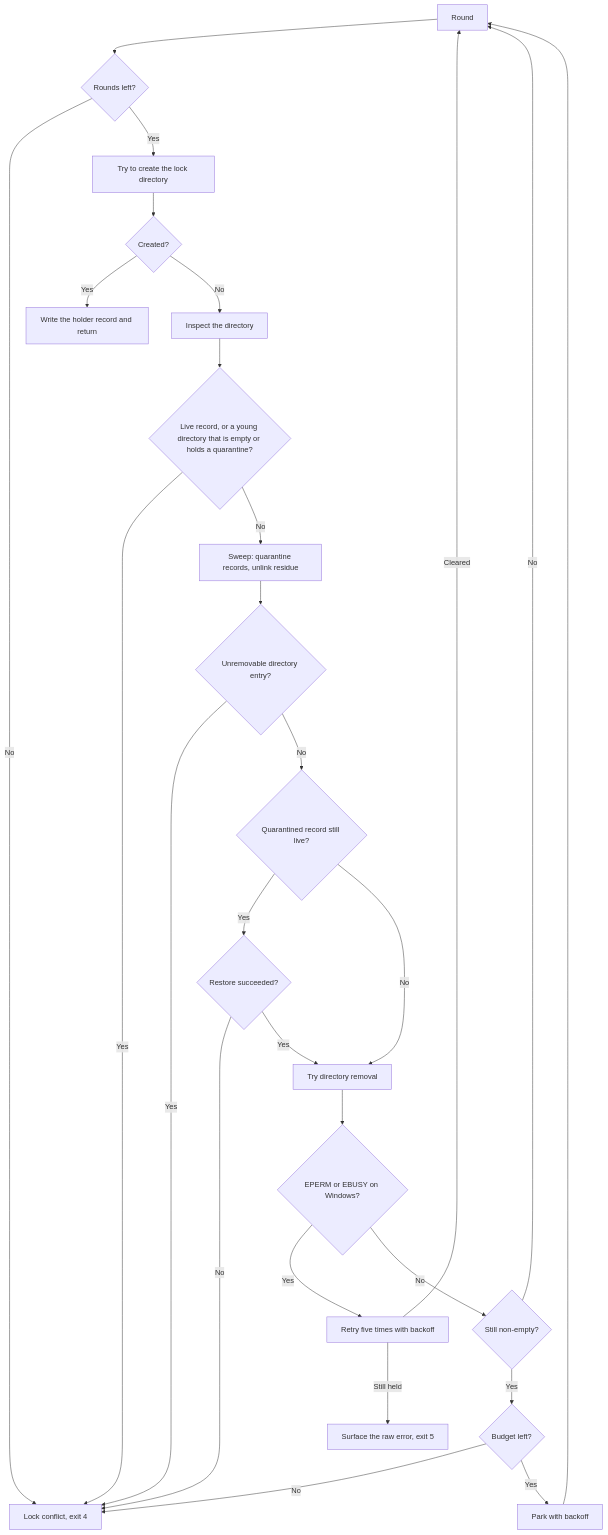
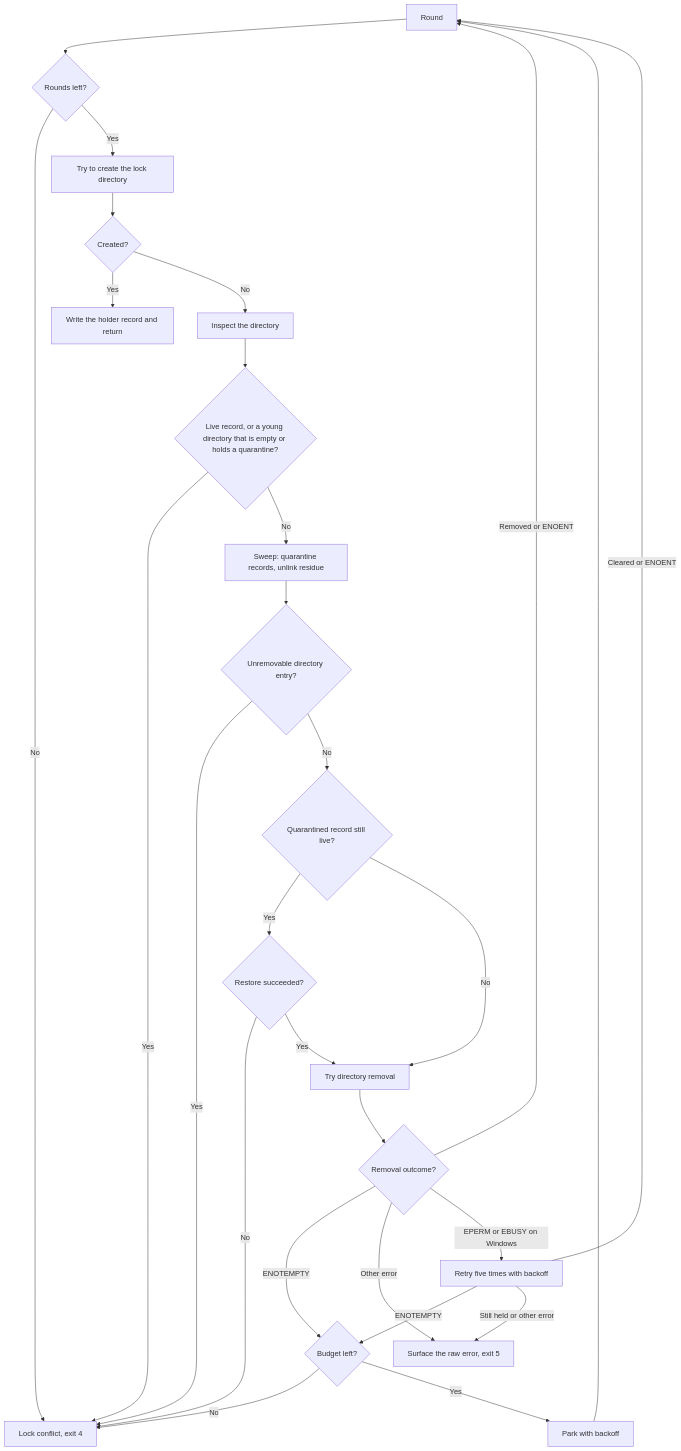
One commit to Kuldeep2822k/cli changed the second of 2 diagrams in docs/04-2-file-locking.md. Above: the diagram before and after it, drawn with Mermaid. The commit also changed 2 other files, not shown here.

Commit message:
docs: route every rmdir outcome in the flow, drop a false platform claim
The flowchart collapsed the removal outcome into EPERM/EBUSY versus non-empty, so an EACCES or EISDIR appeared to enter the ENOTEMPTY budget and the retry loop had no ENOTEMPTY edge at all. Both are now explicit: removed or ENOENT continues, ENOTEMPTY spends the shared budget, EPERM/EBUSY enters the bounded retry, anything else rethrows. Drops the claim that Windows refuses control-character names - it forbids C0 but not C1, so that sentence was false for exactly the range the escaping was extended to cover.

````diff
--- a/docs/04-2-file-locking.md
+++ b/docs/04-2-file-locking.md
@@ -111,29 +111,30 @@
 ```mermaid
 flowchart TD
   R[Round] --> RC{Rounds left?}
   RC -->|No| F[Lock conflict, exit 4]
   RC -->|Yes| MK[Try to create the lock directory]
   MK --> MKC{Created?}
   MKC -->|Yes| WR[Write the holder record and return]
   MKC -->|No| IN[Inspect the directory]
   IN --> LIVE{Live record, or a young directory that is empty or holds a quarantine?}
   LIVE -->|Yes| F
   LIVE -->|No| SW[Sweep: quarantine records, unlink residue]
   SW --> DIR{Unremovable directory entry?}
   DIR -->|Yes| F
   DIR -->|No| REST{Quarantined record still live?}
   REST -->|Yes| RS{Restore succeeded?}
   RS -->|No| F
   RS -->|Yes| RM[Try directory removal]
   REST -->|No| RM
-  RM --> BUSY{EPERM or EBUSY on Windows?}
-  BUSY -->|Yes| RETRY[Retry five times with backoff]
-  RETRY -->|Cleared| R
-  RETRY -->|Still held| EXIT5[Surface the raw error, exit 5]
-  BUSY -->|No| EMP{Still non-empty?}
-  EMP -->|No| R
-  EMP -->|Yes| BUD{Budget left?}
+  RM --> RMR{Removal outcome?}
+  RMR -->|Removed or ENOENT| R
+  RMR -->|ENOTEMPTY| BUD{Budget left?}
+  RMR -->|Other error| EXIT5[Surface the raw error, exit 5]
+  RMR -->|EPERM or EBUSY on Windows| RETRY[Retry five times with backoff]
+  RETRY -->|Cleared or ENOENT| R
+  RETRY -->|ENOTEMPTY| BUD
+  RETRY -->|Still held or other error| EXIT5
   BUD -->|No| F
   BUD -->|Yes| PARK[Park with backoff]
   PARK --> R
 ```
````
